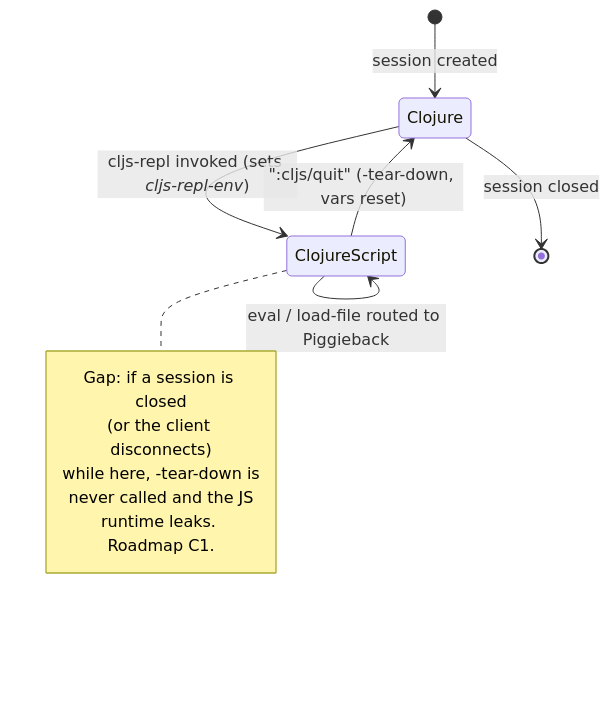
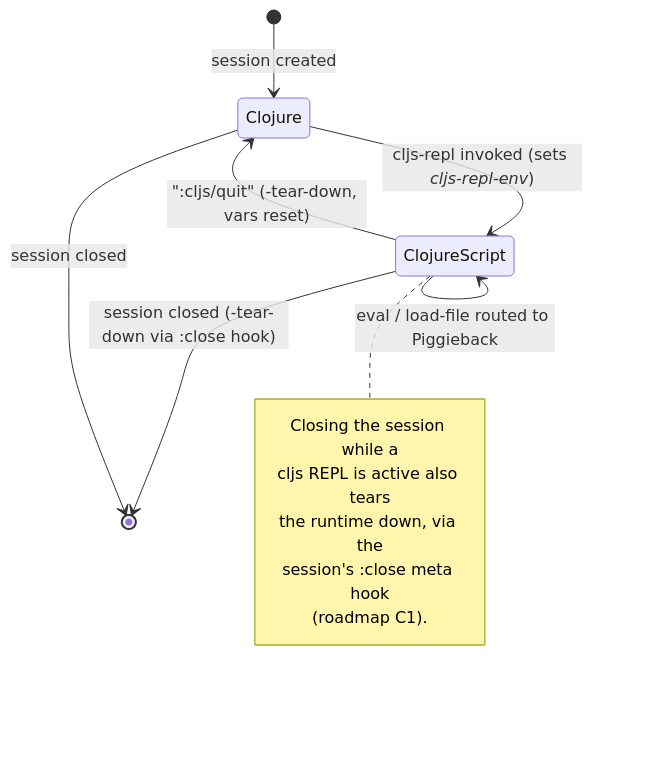
One commit to nrepl/piggieback changed the fourth of 4 diagrams in docs/architecture.md. Above: the diagram before and after it, drawn with Mermaid. The commit also changed other lines of this file and 4 other files, not shown here.

First line of the commit message:
Tear down the cljs REPL when its session is closed

````diff
--- a/docs/architecture.md
+++ b/docs/architecture.md
@@ -210,16 +210,17 @@
 ```mermaid
 stateDiagram-v2
     [*] --> Clojure: session created
     Clojure --> ClojureScript: cljs-repl invoked (sets *cljs-repl-env*)
     ClojureScript --> ClojureScript: eval / load-file routed to Piggieback
     ClojureScript --> Clojure: ":cljs/quit" (-tear-down, vars reset)
+    ClojureScript --> [*]: session closed (-tear-down via :close hook)
     Clojure --> [*]: session closed
 
     note right of ClojureScript
-      Gap: if a session is closed
-      (or the client disconnects)
-      while here, -tear-down is
-      never called and the JS
-      runtime leaks. Roadmap C1.
+      Closing the session while a
+      cljs REPL is active also tears
+      the runtime down, via the
+      session's :close meta hook
+      (roadmap C1).
     end note
 ```
````
